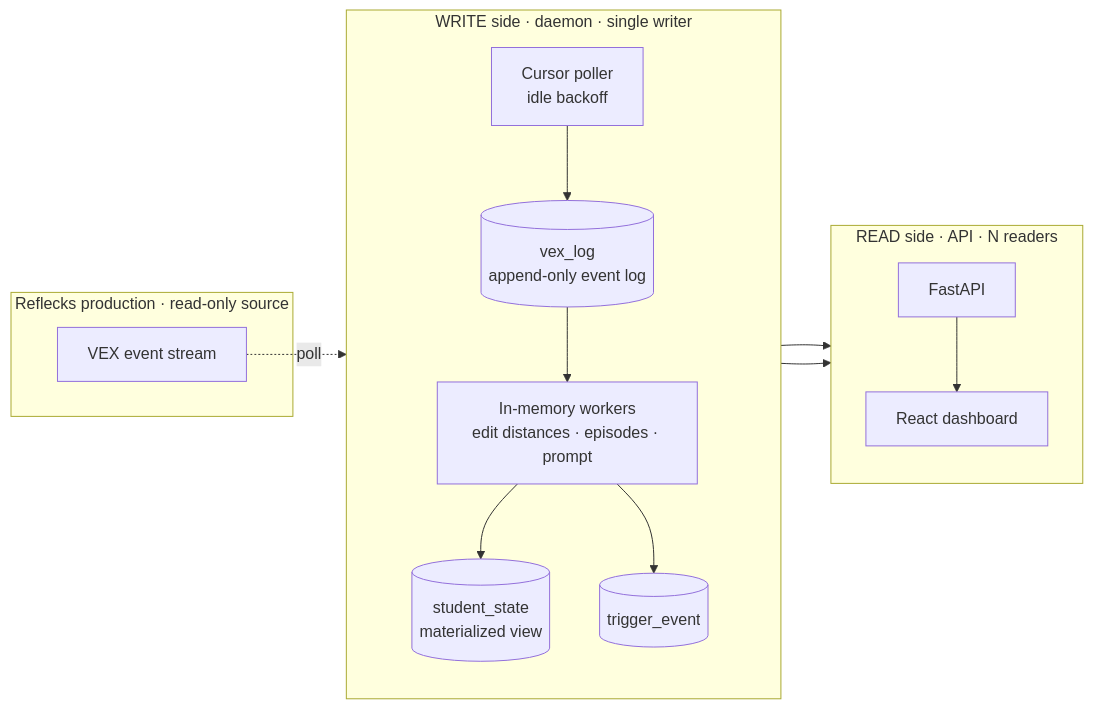
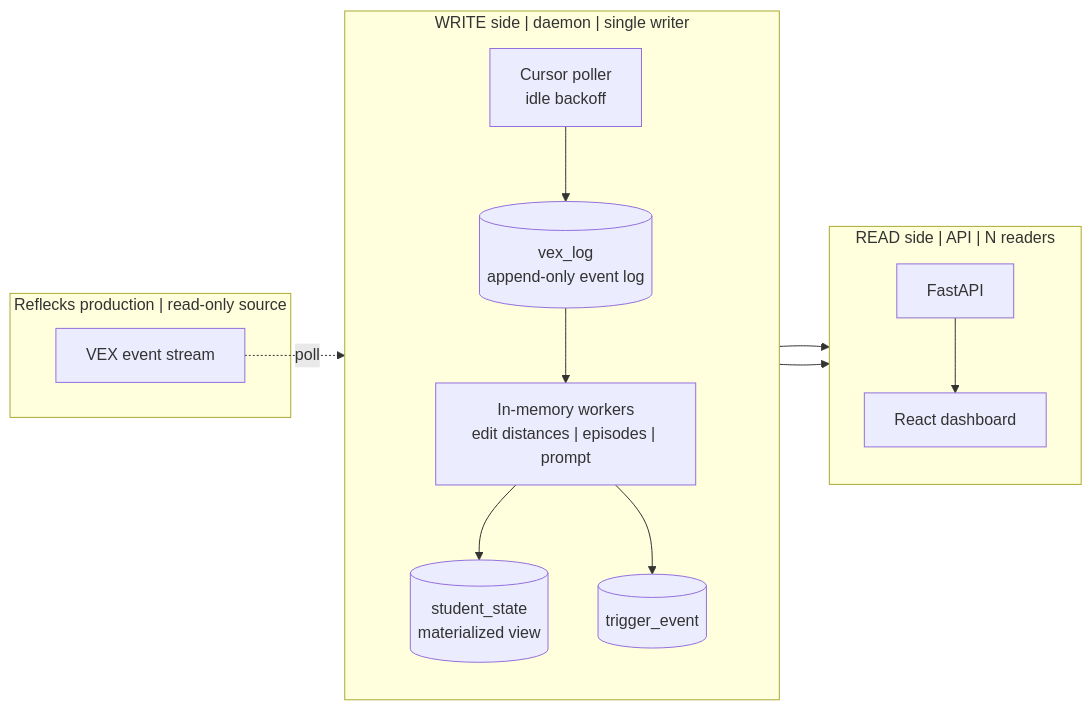
Before and after one commit to InviteInstitute/lm-dashboard: the diagram in docs/DESIGN.md, drawn with Mermaid. The commit also changed 5 other files, not shown here.

First line of the commit message:
Drop the interpunct separator from docs diagrams and prose

````diff
--- a/docs/DESIGN.md
+++ b/docs/DESIGN.md
@@ -6,29 +6,29 @@
 ```mermaid
 flowchart LR
-    subgraph prod["Reflecks production · read-only source"]
+    subgraph prod["Reflecks production | read-only source"]
         ev["VEX event stream"]
     end
 
-    subgraph write["WRITE side · daemon · single writer"]
+    subgraph write["WRITE side | daemon | single writer"]
         direction TB
         poll["Cursor poller<br/>idle backoff"]
         log[("vex_log<br/>append-only event log")]
-        workers["In-memory workers<br/>edit distances · episodes · prompt"]
+        workers["In-memory workers<br/>edit distances | episodes | prompt"]
         state[("student_state<br/>materialized view")]
         trig[("trigger_event")]
         poll --> log --> workers
         workers --> state
         workers --> trig
     end
 
-    subgraph read["READ side · API · N readers"]
+    subgraph read["READ side | API | N readers"]
         direction TB
         fastapi["FastAPI"]
         ui["React dashboard"]
         fastapi --> ui
     end
 
     ev -. "poll" .-> poll
     state --> fastapi
     trig --> fastapi
 ```
````
